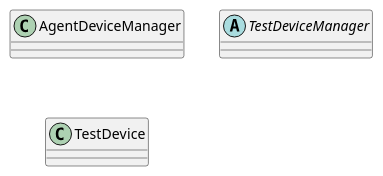
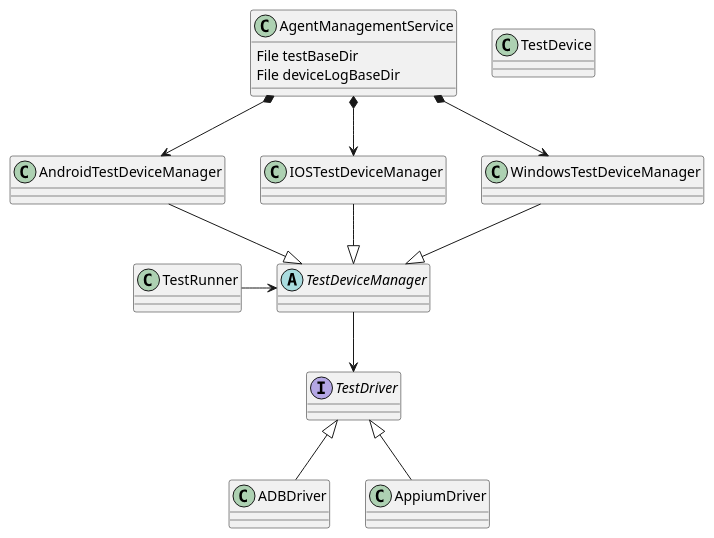
The diagram in agent/doc/UML/agent_device_management_design.puml (microsoft/HydraLab), drawn with PlantUML before and after one commit. The commit also changed 5 other files, not shown here.

```diff
--- a/agent/doc/UML/agent_device_management_design.puml
+++ b/agent/doc/UML/agent_device_management_design.puml
@@ -1,8 +1,30 @@
-@startuml
+@startuml new_design
 'https://plantuml.com/class-diagram
 
-class AgentDeviceManager {}
+class AgentManagementService {
+    File testBaseDir
+    File deviceLogBaseDir
+}
+class TestDevice
 abstract class TestDeviceManager
-class TestDevice
+class AndroidTestDeviceManager
+class IOSTestDeviceManager
+class WindowsTestDeviceManager
 
+interface TestDriver
+
+AndroidTestDeviceManager --|> TestDeviceManager
+IOSTestDeviceManager --|> TestDeviceManager
+WindowsTestDeviceManager --|> TestDeviceManager
+
+AgentManagementService *--> AndroidTestDeviceManager
+AgentManagementService *--> IOSTestDeviceManager
+AgentManagementService *--> WindowsTestDeviceManager
+
+TestDeviceManager --> TestDriver
+
+ADBDriver -u-|> TestDriver
+AppiumDriver -u-|> TestDriver
+
+TestRunner -r-> TestDeviceManager
 @enduml
```
